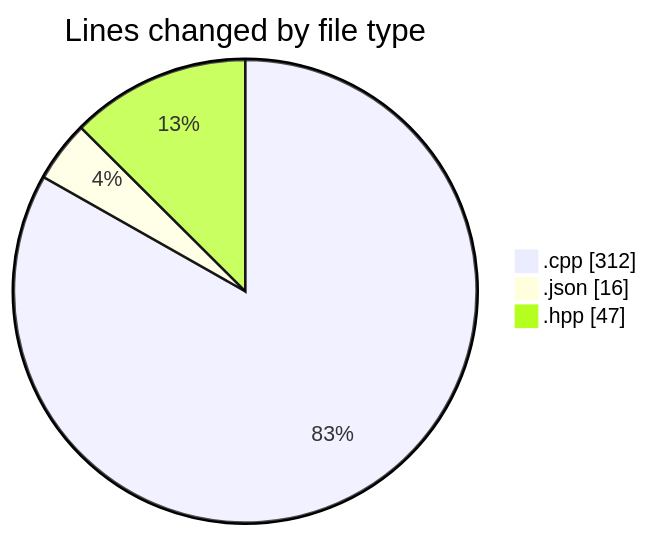
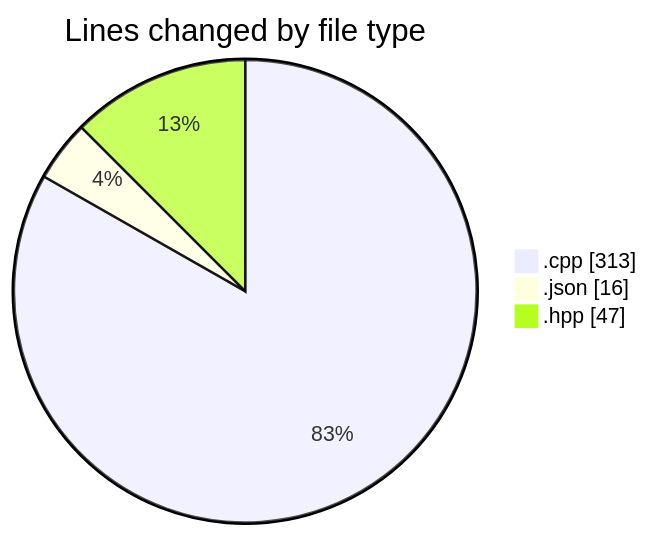
Before and after one commit to Netris89/code-tracking: the first of 2 diagrams in 2025-04-21/echo/README.md, drawn with Mermaid. The commit also changed other lines of this file and 1 other file, not shown here.

````diff
--- a/2025-04-21/echo/README.md
+++ b/2025-04-21/echo/README.md
@@ -24,7 +24,7 @@
 ```mermaid
 pie showData
 title Lines changed by file type
-".cpp" : 312
+".cpp" : 313
 ".json" : 16
 ".hpp" : 47
 ```
````
